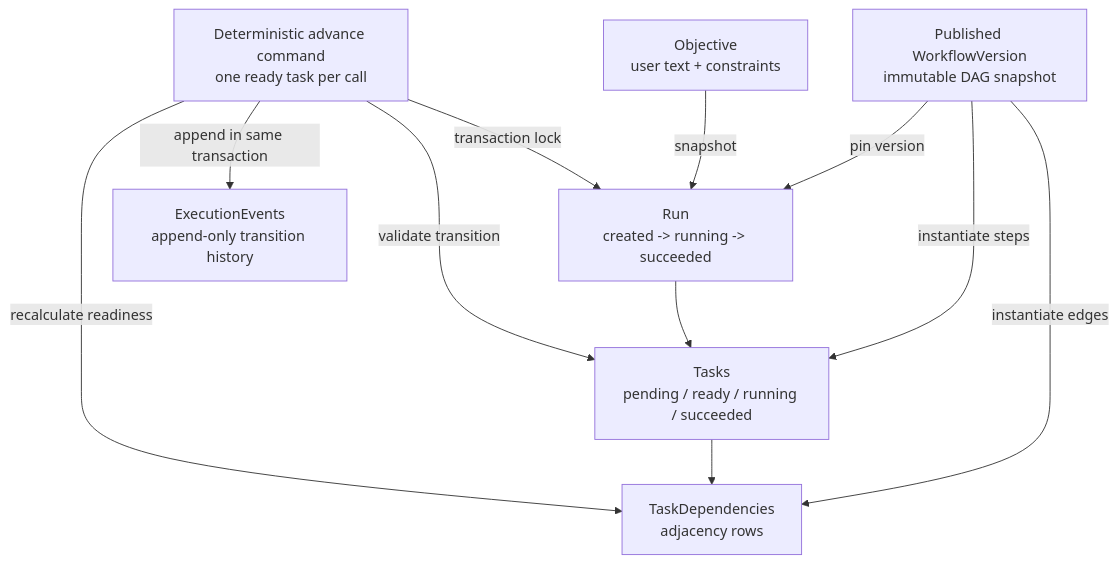
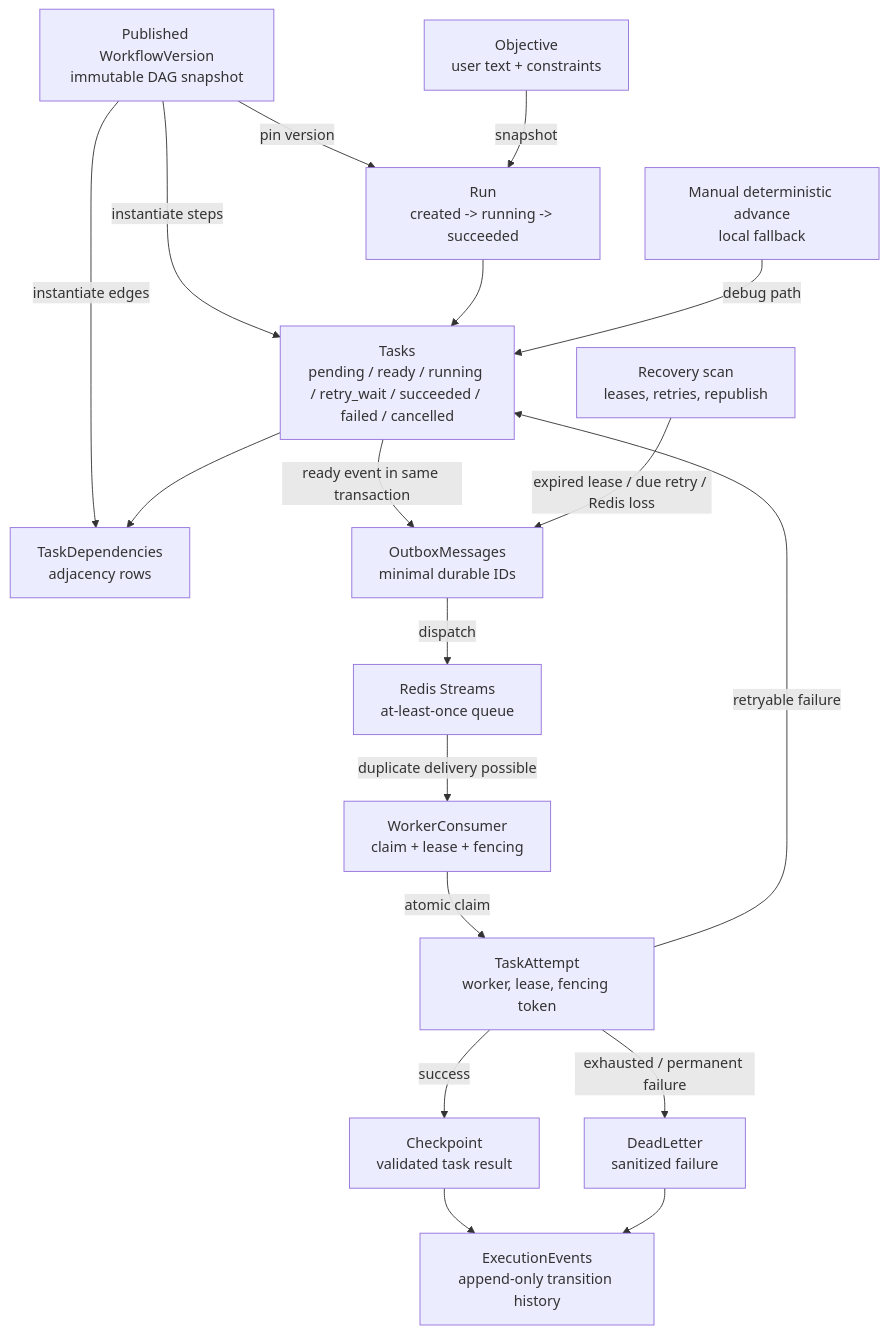
One commit to codevoks/forge-ai changed the fifth of 6 diagrams in docs/architecture/visual-guide.md. Above: the diagram before and after it, drawn with Mermaid. The commit also changed other lines of this file and 40 other files, not shown here.

Commit message:
Complete Phase 3 durable queues workers recovery

````diff
--- a/docs/architecture/visual-guide.md
+++ b/docs/architecture/visual-guide.md
@@ -165,21 +165,35 @@
 ```mermaid
 flowchart TD
     WFV[Published WorkflowVersion\nimmutable DAG snapshot]
     OBJ[Objective\nuser text + constraints]
     RUN[Run\ncreated -> running -> succeeded]
-    TASKS[Tasks\npending / ready / running / succeeded]
+    TASKS[Tasks\npending / ready / running / retry_wait / succeeded / failed / cancelled]
     DEPS[TaskDependencies\nadjacency rows]
     EVENTS[ExecutionEvents\nappend-only transition history]
-    TEST[Deterministic advance command\none ready task per call]
+    OUTBOX[OutboxMessages\nminimal durable IDs]
+    REDIS[Redis Streams\nat-least-once queue]
+    WORKER[WorkerConsumer\nclaim + lease + fencing]
+    ATTEMPT[TaskAttempt\nworker, lease, fencing token]
+    CHECKPOINT[Checkpoint\nvalidated task result]
+    DEAD[DeadLetter\nsanitized failure]
+    RECOVERY[Recovery scan\nleases, retries, republish]
+    MANUAL[Manual deterministic advance\nlocal fallback]
 
     WFV -->|pin version| RUN
     OBJ -->|snapshot| RUN
     WFV -->|instantiate steps| TASKS
     WFV -->|instantiate edges| DEPS
     RUN --> TASKS
     TASKS --> DEPS
-    TEST -->|transaction lock| RUN
-    TEST -->|validate transition| TASKS
-    TEST -->|recalculate readiness| DEPS
-    TEST -->|append in same transaction| EVENTS
+    TASKS -->|ready event in same transaction| OUTBOX
+    OUTBOX -->|dispatch| REDIS
+    REDIS -->|duplicate delivery possible| WORKER
+    WORKER -->|atomic claim| ATTEMPT
+    ATTEMPT -->|success| CHECKPOINT
+    ATTEMPT -->|retryable failure| TASKS
+    ATTEMPT -->|exhausted / permanent failure| DEAD
+    CHECKPOINT --> EVENTS
+    DEAD --> EVENTS
+    RECOVERY -->|expired lease / due retry / Redis loss| OUTBOX
+    MANUAL -->|debug path| TASKS
 ```
````
